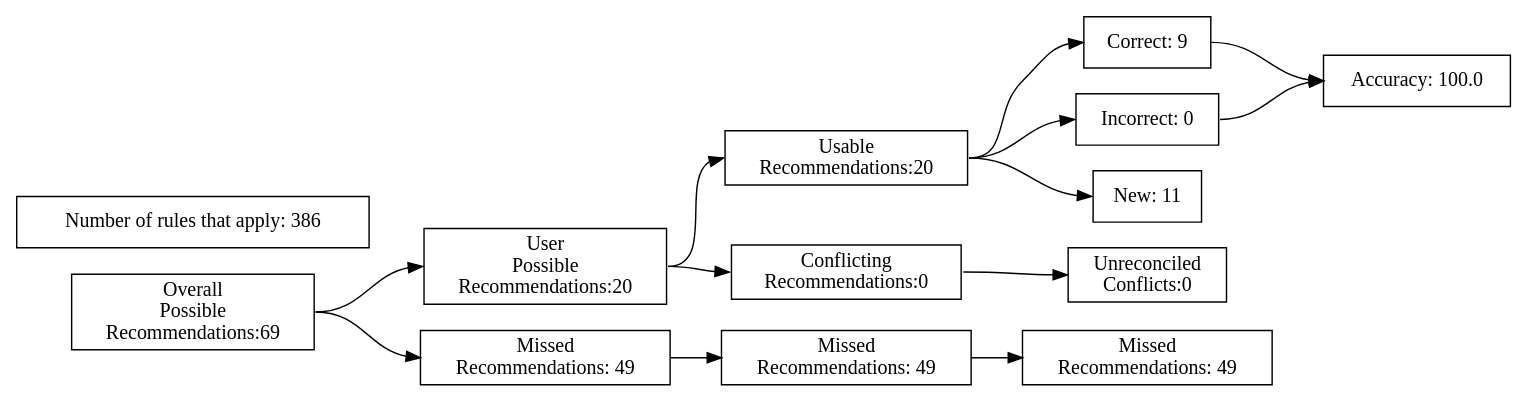
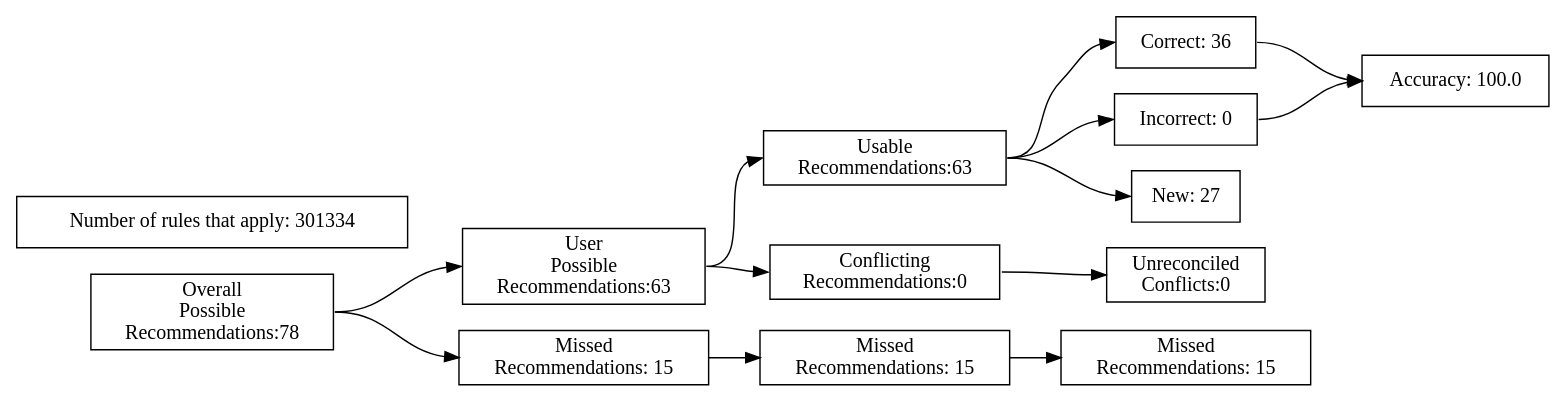
The diagram in test_renders/47.gv (ZaxR/ibd_diet_analysis), drawn with Graphviz before and after one commit. The commit also changed 226 other files, not shown here.

Commit message:
Add model rule chart; fix typos

```diff
--- a/test_renders/47.gv
+++ b/test_renders/47.gv
@@ -1,40 +1,40 @@
 digraph {
 	graph [rankdir=LR]
 	node [pos=r shape=box]
 	edge [headport=w tailport=e]
 		A [label="Overall
 Possible
-Recommendations:69"]
+Recommendations:78"]
 		B [label="User
 Possible
-Recommendations:20"]
+Recommendations:63"]
 		C [label="Missed
-Recommendations: 49"]
+Recommendations: 15"]
 		D [label="Usable
-Recommendations:20"]
+Recommendations:63"]
 		E [label="Conflicting
 Recommendations:0"]
 		J [label="Missed
-Recommendations: 49"]
+Recommendations: 15"]
 		M [label="Unreconciled
 Conflicts:0"]
-		F [label="Correct: 9"]
+		F [label="Correct: 36"]
 		G [label="Incorrect: 0"]
-		H [label="New: 11"]
+		H [label="New: 27"]
 		K [label="Missed
-Recommendations: 49"]
+Recommendations: 15"]
 		I [label="Accuracy: 100.0"]
-		l [label="Number of rules that apply: 386"]
+		l [label="Number of rules that apply: 301334"]
 			A -> B
 			A -> C
 			B -> D
 			B -> E
 			D -> F
 			D -> G
 			D -> H
 			F -> I
 			G -> I
 			C -> J
 			J -> K
 			E -> M
 }
```
